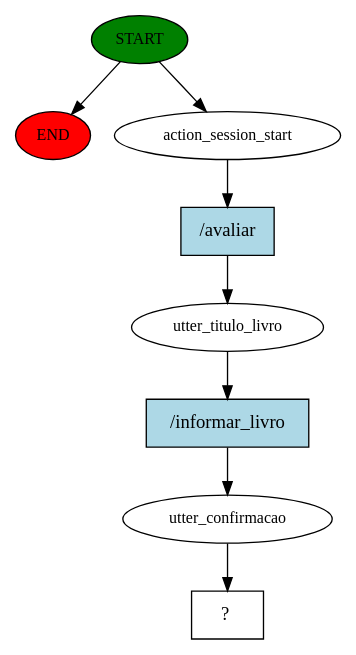
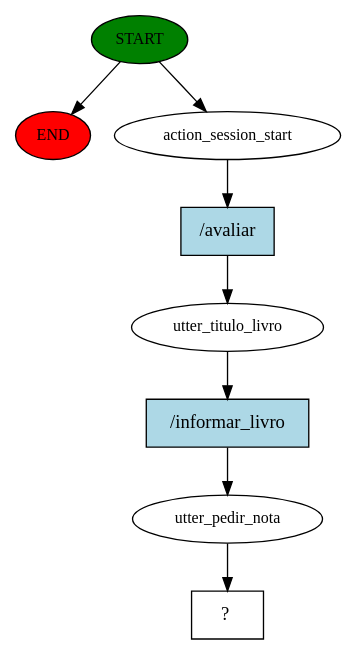
Before and after one commit to liviacoutinho/BookBot: the diagram in story_graph.dot, drawn with Graphviz. The commit also changed 3 other files, not shown here.

```diff
--- a/story_graph.dot
+++ b/story_graph.dot
@@ -1,17 +1,17 @@
 digraph  {
 0 [class="start active", fillcolor=green, fontsize=12, label=START, style=filled];
 "-1" [class=end, fillcolor=red, fontsize=12, label=END, style=filled];
 1 [class=active, fontsize=12, label=action_session_start];
 2 [class=active, fontsize=12, label=utter_titulo_livro];
-3 [class=active, fontsize=12, label=utter_confirmacao];
+3 [class=active, fontsize=12, label=utter_pedir_nota];
 4 [class="intent dashed active", label="  ?  ", shape=rect];
 5 [class="intent active", fillcolor=lightblue, label="/avaliar", shape=rect, style=filled];
 6 [class="intent active", fillcolor=lightblue, label="/informar_livro", shape=rect, style=filled];
 0 -> "-1"  [class="", key=NONE, label=""];
 0 -> 1  [class=active, key=NONE, label=""];
 1 -> 5  [class=active, key=0];
 2 -> 6  [class=active, key=0];
 3 -> 4  [class=active, key=NONE, label=""];
 5 -> 2  [class=active, key=0];
 6 -> 3  [class=active, key=0];
 }
```
